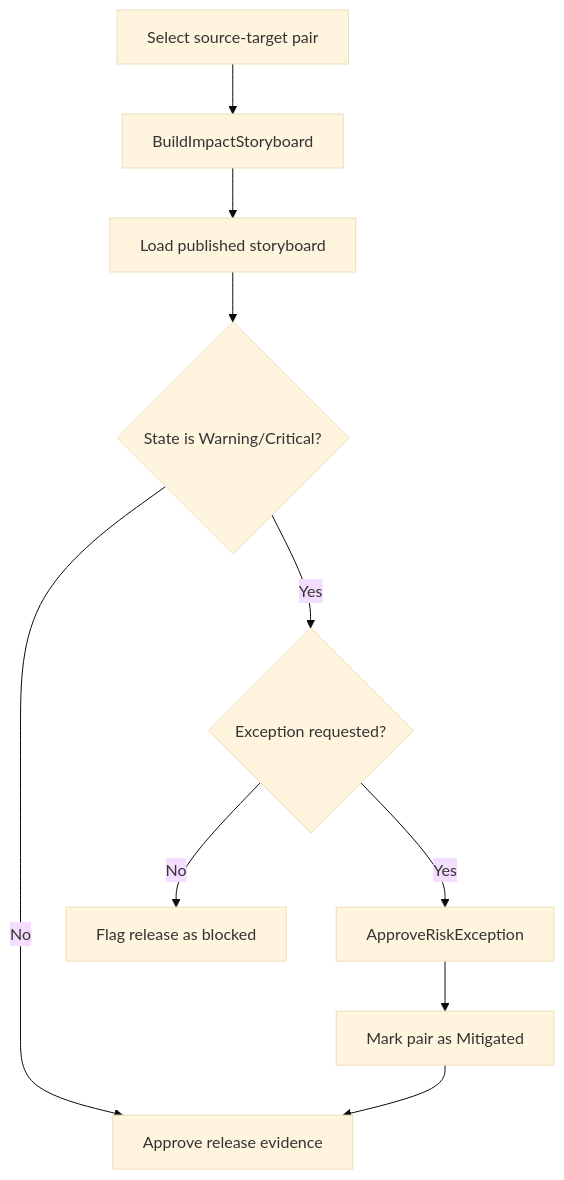
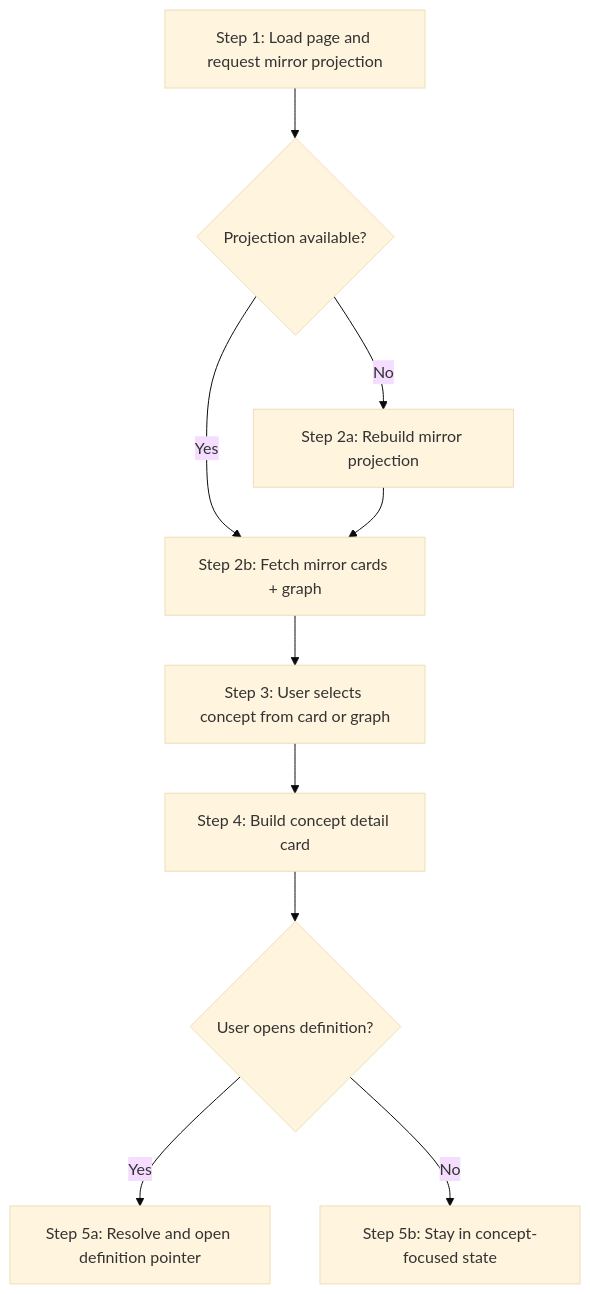
Before and after one commit to cyberAlchemyAI/domainspec: the diagram in docs/features/knowledge-graph-visualization/workflows.md, drawn with Mermaid (base theme). The commit also changed other lines of this file and 87 other files, not shown here.

````diff
--- a/docs/features/knowledge-graph-visualization/workflows.md
+++ b/docs/features/knowledge-graph-visualization/workflows.md
@@ -154,12 +13,12 @@
 ```mermaid
 graph TD
-    A[Select source-target pair] --> B[BuildImpactStoryboard]
-    B --> C[Load published storyboard]
-    C --> D{State is Warning/Critical?}
-    D -->|No| E[Approve release evidence]
-    D -->|Yes| F{Exception requested?}
-    F -->|No| G[Flag release as blocked]
-    F -->|Yes| H[ApproveRiskException]
-    H --> I[Mark pair as Mitigated]
-    I --> E
+    A[Step 1: Load page and request mirror projection] --> B{Projection available?}
+    B -->|No| C[Step 2a: Rebuild mirror projection]
+    B -->|Yes| D[Step 2b: Fetch mirror cards + graph]
+    C --> D
+    D --> E[Step 3: User selects concept from card or graph]
+    E --> F[Step 4: Build concept detail card]
+    F --> G{User opens definition?}
+    G -->|Yes| H[Step 5a: Resolve and open definition pointer]
+    G -->|No| I[Step 5b: Stay in concept-focused state]
 ```
````
